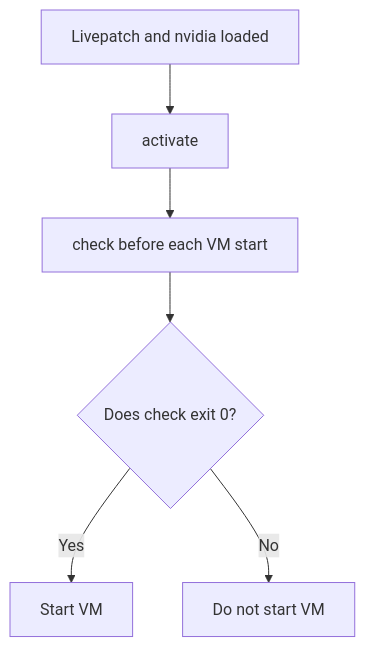
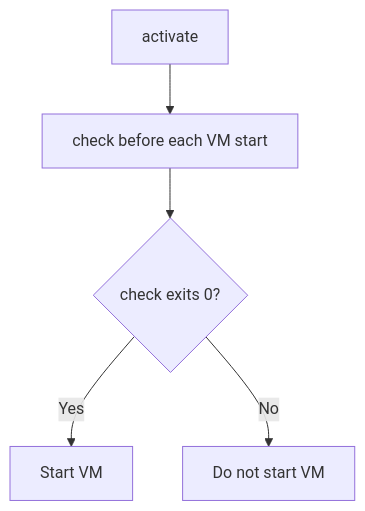
Before and after one commit to noon-at-cgn/geforce-sriov: the third of 3 diagrams in docs/ampere.md, drawn with Mermaid. The commit also changed other lines of this file and 86 other files, not shown here.

````diff
--- a/docs/ampere.md
+++ b/docs/ampere.md
@@ -126,8 +130,7 @@
 ```mermaid
 flowchart TD
-    loaded["Livepatch and nvidia loaded"] --> activate["activate"]
-    activate --> check["check before each VM start"]
-    check --> ready{"Does check exit 0?"}
+    activate["activate"] --> check["check before each VM start"]
+    check --> ready{"check exits 0?"}
     ready -->|Yes| start["Start VM"]
     ready -->|No| stop["Do not start VM"]
 ```
````
